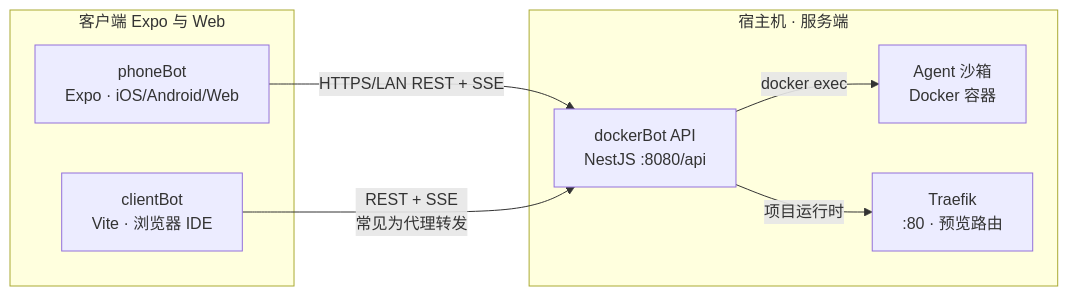
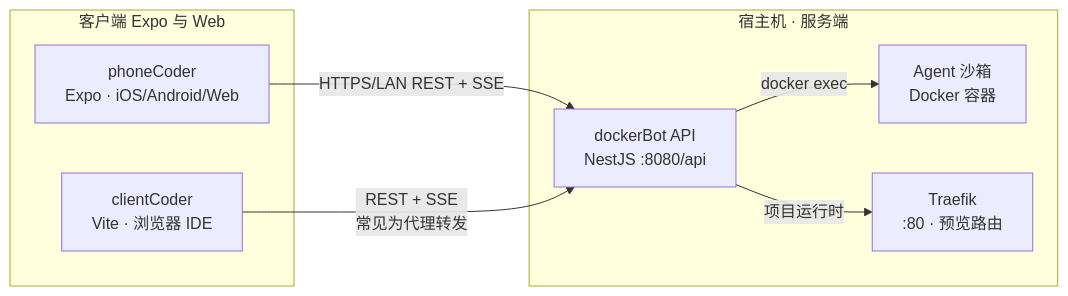
Before and after one commit to jsCanvas/phoneCoder: the diagram in dockerBot-phoneBot-clientBot-stack.zh-CN.md, drawn with Mermaid. The commit also changed other lines of this file and 3 other files, not shown here.

````diff
--- a/dockerBot-phoneBot-clientBot-stack.zh-CN.md
+++ b/dockerBot-phoneBot-clientBot-stack.zh-CN.md
@@ -20,16 +20,16 @@
 ```mermaid
 flowchart LR
   subgraph backends [宿主机 · 服务端]
     API["dockerBot API\nNestJS :8080/api"]
     AGENT["Agent 沙箱\nDocker 容器"]
     TR["Traefik\n:80 · 预览路由"]
     API -->|"docker exec"| AGENT
     API -->|"项目运行时"| TR
   end
   subgraph clients [客户端 Expo 与 Web]
-    PHONE["phoneBot\nExpo · iOS/Android/Web"]
-    WEB["clientBot\nVite · 浏览器 IDE"]
+    PHONE["phoneCoder\nExpo · iOS/Android/Web"]
+    WEB["clientCoder\nVite · 浏览器 IDE"]
   end
   PHONE -->|HTTPS/LAN REST + SSE| API
   WEB -->|REST + SSE\n常见为代理转发| API
 ```
````
